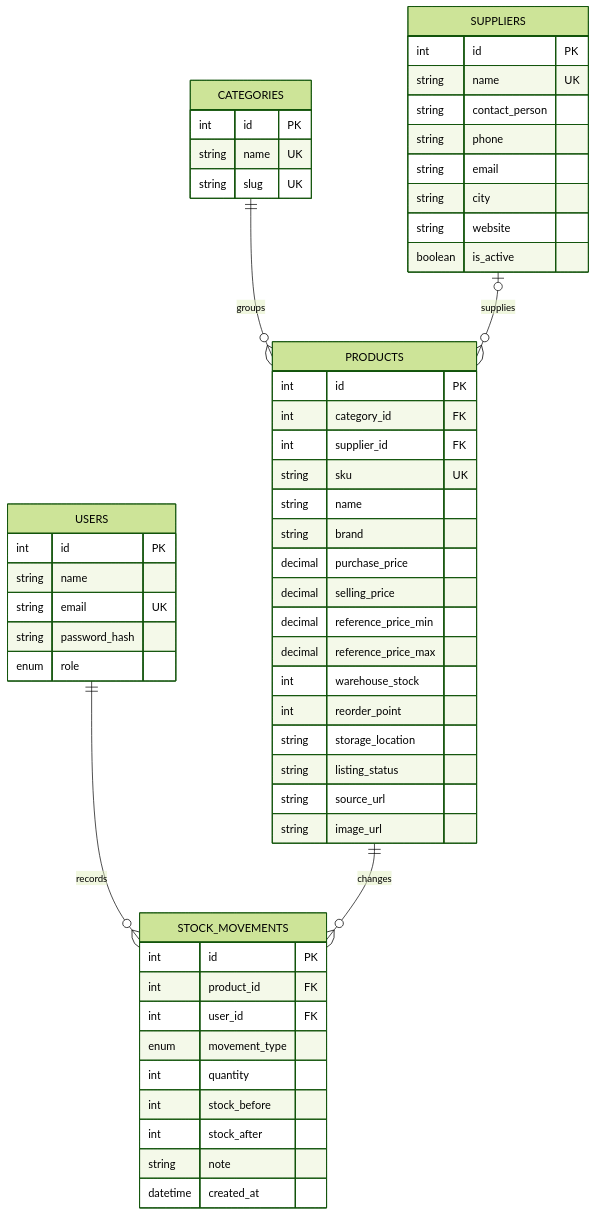
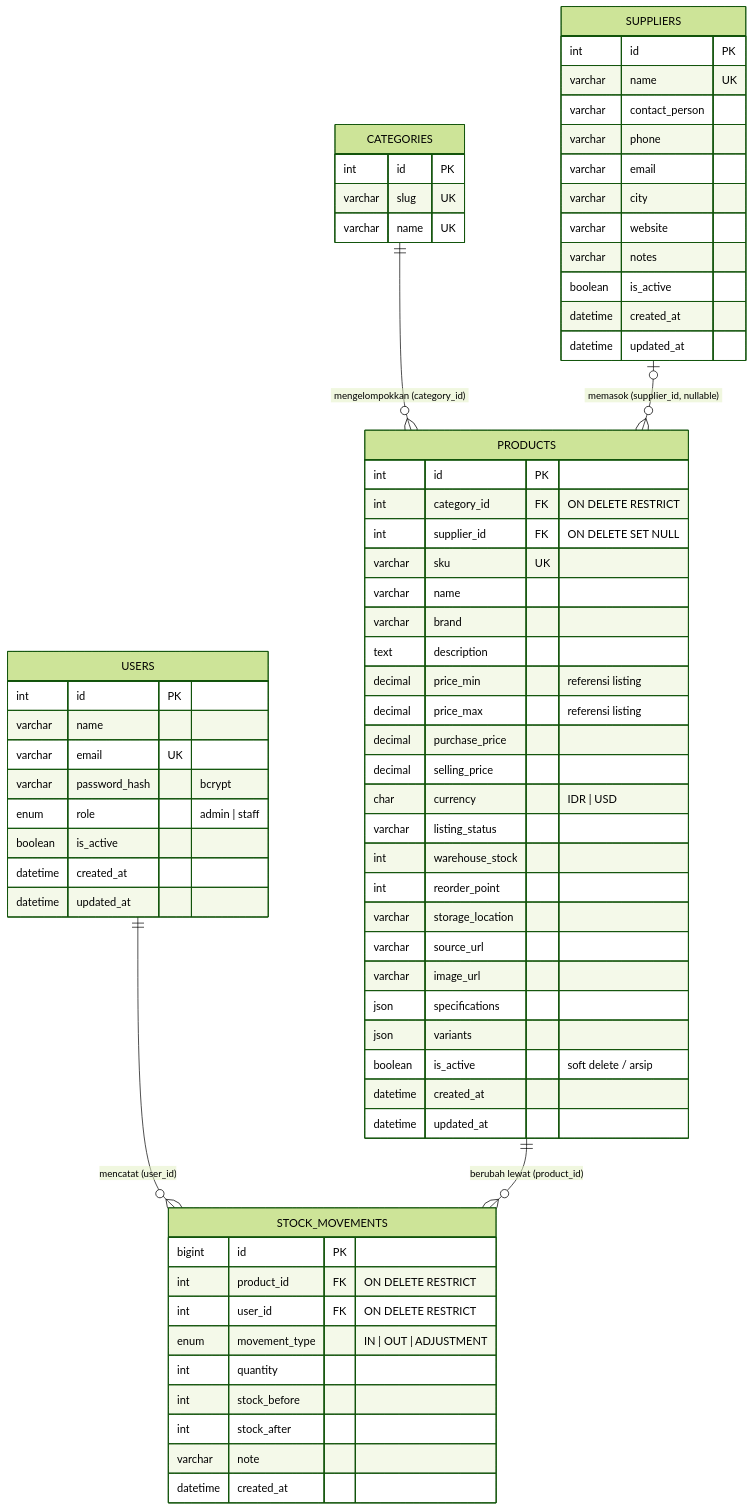
Before and after one commit to muhwal21/mechanical-keyboard-inventory: the diagram in docs/erd.mmd, drawn with Mermaid (forest theme). The commit also changed 11 other files, not shown here.

First line of the commit message:
docs: architecture, ERD, flowchart, deployment guide, and README

```diff
--- a/docs/erd.mmd
+++ b/docs/erd.mmd
@@ -1,57 +1,70 @@
 erDiagram
-  USERS ||--o{ STOCK_MOVEMENTS : records
-  PRODUCTS ||--o{ STOCK_MOVEMENTS : changes
-  CATEGORIES ||--o{ PRODUCTS : groups
-  SUPPLIERS o|--o{ PRODUCTS : supplies
+  USERS ||--o{ STOCK_MOVEMENTS : "mencatat (user_id)"
+  PRODUCTS ||--o{ STOCK_MOVEMENTS : "berubah lewat (product_id)"
+  CATEGORIES ||--o{ PRODUCTS : "mengelompokkan (category_id)"
+  SUPPLIERS |o--o{ PRODUCTS : "memasok (supplier_id, nullable)"
 
   USERS {
     int id PK
-    string name
-    string email UK
-    string password_hash
-    enum role
+    varchar name
+    varchar email UK
+    varchar password_hash "bcrypt"
+    enum role "admin | staff"
+    boolean is_active
+    datetime created_at
+    datetime updated_at
   }
   CATEGORIES {
     int id PK
-    string name UK
-    string slug UK
+    varchar slug UK
+    varchar name UK
+  }
+  SUPPLIERS {
+    int id PK
+    varchar name UK
+    varchar contact_person
+    varchar phone
+    varchar email
+    varchar city
+    varchar website
+    varchar notes
+    boolean is_active
+    datetime created_at
+    datetime updated_at
   }
   PRODUCTS {
     int id PK
-    int category_id FK
-    int supplier_id FK
-    string sku UK
-    string name
-    string brand
+    int category_id FK "ON DELETE RESTRICT"
+    int supplier_id FK "ON DELETE SET NULL"
+    varchar sku UK
+    varchar name
+    varchar brand
+    text description
+    decimal price_min "referensi listing"
+    decimal price_max "referensi listing"
     decimal purchase_price
     decimal selling_price
-    decimal reference_price_min
-    decimal reference_price_max
+    char currency "IDR | USD"
+    varchar listing_status
     int warehouse_stock
     int reorder_point
-    string storage_location
-    string listing_status
-    string source_url
-    string image_url
-  }
-  SUPPLIERS {
-    int id PK
-    string name UK
-    string contact_person
-    string phone
-    string email
-    string city
-    string website
-    boolean is_active
+    varchar storage_location
+    varchar source_url
+    varchar image_url
+    json specifications
+    json variants
+    boolean is_active "soft delete / arsip"
+    datetime created_at
+    datetime updated_at
   }
   STOCK_MOVEMENTS {
-    int id PK
-    int product_id FK
-    int user_id FK
-    enum movement_type
+    bigint id PK
+    int product_id FK "ON DELETE RESTRICT"
+    int user_id FK "ON DELETE RESTRICT"
+    enum movement_type "IN | OUT | ADJUSTMENT"
     int quantity
     int stock_before
     int stock_after
-    string note
+    varchar note
     datetime created_at
   }
```
